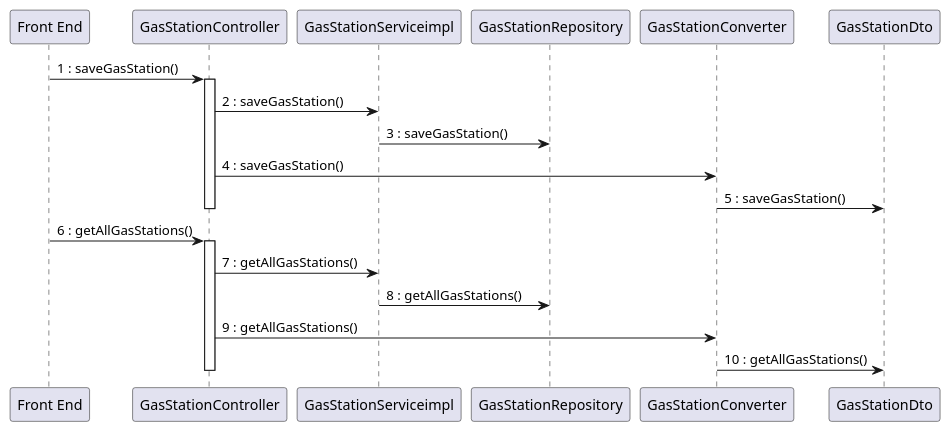
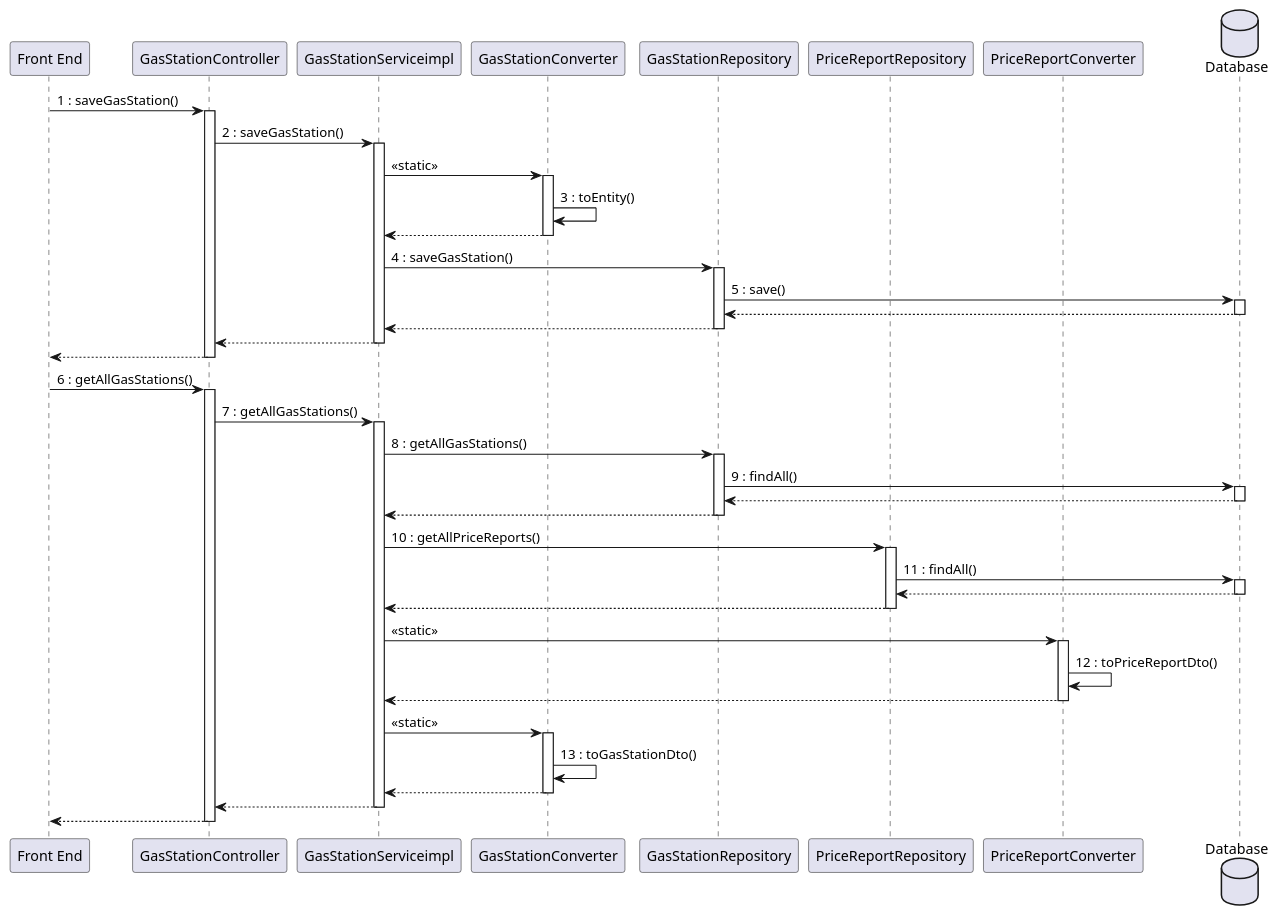
Before and after one commit to mosTavassoli/ezgas: the eighth of 15 diagrams in docs/DesignDocument.md, drawn with PlantUML. The commit also changed other lines of this file, not shown here.

Commit message:
docs(DesignDocument): edit sequence diagrams

````diff
--- a/docs/DesignDocument.md
+++ b/docs/DesignDocument.md
@@ -557,24 +594,47 @@
 ```plantuml
+database Database order 30
 "Front End" -> GasStationController:1 : saveGasStation()
 activate GasStationController
 GasStationController -> GasStationServiceimpl:2 : saveGasStation()
-
-GasStationServiceimpl -> GasStationRepository:3 : saveGasStation()
-
-GasStationController -> GasStationConverter:4 : saveGasStation()
-
-GasStationConverter -> GasStationDto:5 : saveGasStation()
-deactivate GasStationController
+activate GasStationServiceimpl
+GasStationServiceimpl -> GasStationConverter:<<static>>
+activate GasStationConverter
+GasStationConverter -> GasStationConverter:3 : toEntity()
+return
+GasStationServiceimpl -> GasStationRepository:4 : saveGasStation()
+activate GasStationRepository
+GasStationRepository -> Database:5 : save()
+activate Database
+return
+return
+return
+return
 
 "Front End" -> GasStationController:6 : getAllGasStations()
 activate GasStationController
 GasStationController -> GasStationServiceimpl:7 : getAllGasStations()
+activate GasStationServiceimpl
+GasStationServiceimpl -> GasStationRepository:8 : getAllGasStations()
+activate GasStationRepository
 
-GasStationServiceimpl -> GasStationRepository:8 : getAllGasStations()
-
-GasStationController -> GasStationConverter:9 : getAllGasStations()
-
-GasStationConverter -> GasStationDto:10 : getAllGasStations()
-deactivate GasStationController
-
+GasStationRepository -> Database:9 : findAll()
+activate Database
+return
+return
+GasStationServiceimpl -> PriceReportRepository:10 : getAllPriceReports()
+activate PriceReportRepository
+PriceReportRepository -> Database: 11 : findAll()
+activate Database
+return
+return
+GasStationServiceimpl -> PriceReportConverter:<<static>>
+activate PriceReportConverter
+PriceReportConverter -> PriceReportConverter:12 : toPriceReportDto()
+return
+GasStationServiceimpl -> GasStationConverter:<<static>>
+activate GasStationConverter
+GasStationConverter -> GasStationConverter:13 : toGasStationDto()
+return
+return
+return
 ```
````
